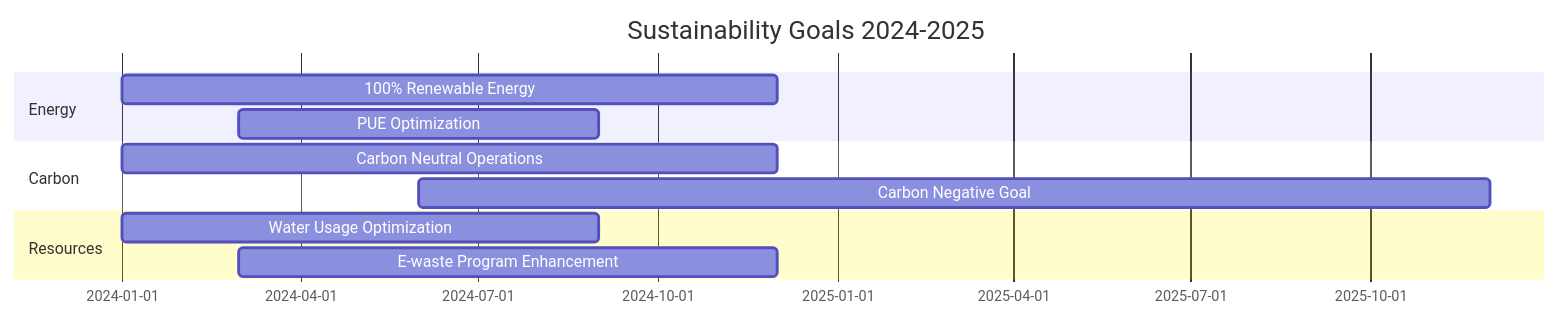
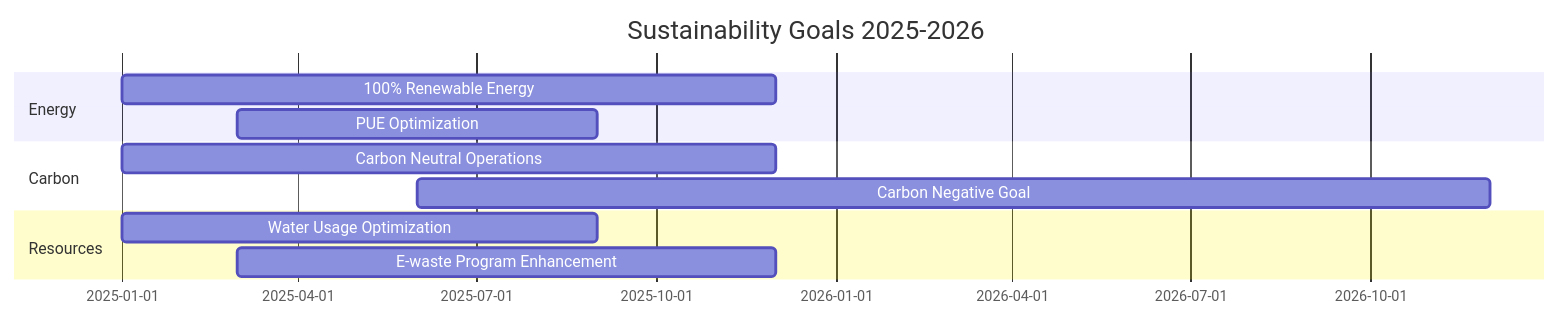
Before and after one commit to Vortx-AI/synthetic-satellite: the third of 3 diagrams in docs/sustainability/index.md, drawn with Mermaid. The commit also changed other lines of this file, not shown here.

````diff
--- a/docs/sustainability/index.md
+++ b/docs/sustainability/index.md
@@ -89,14 +89,14 @@
 ```mermaid
 gantt
-    title Sustainability Goals 2024-2025
+    title Sustainability Goals 2025-2026
     dateFormat  YYYY-MM
     section Energy
-    100% Renewable Energy    :2024-01, 2024-12
-    PUE Optimization        :2024-03, 2024-09
+    100% Renewable Energy    :2025-01, 2025-12
+    PUE Optimization        :2025-03, 2025-09
     section Carbon
-    Carbon Neutral Operations :2024-01, 2024-12
-    Carbon Negative Goal    :2024-06, 2025-12
+    Carbon Neutral Operations :2025-01, 2025-12
+    Carbon Negative Goal    :2025-06, 2026-12
     section Resources
-    Water Usage Optimization :2024-01, 2024-09
-    E-waste Program Enhancement :2024-03, 2024-12
+    Water Usage Optimization :2025-01, 2025-09
+    E-waste Program Enhancement :2025-03, 2025-12
 ```
````
